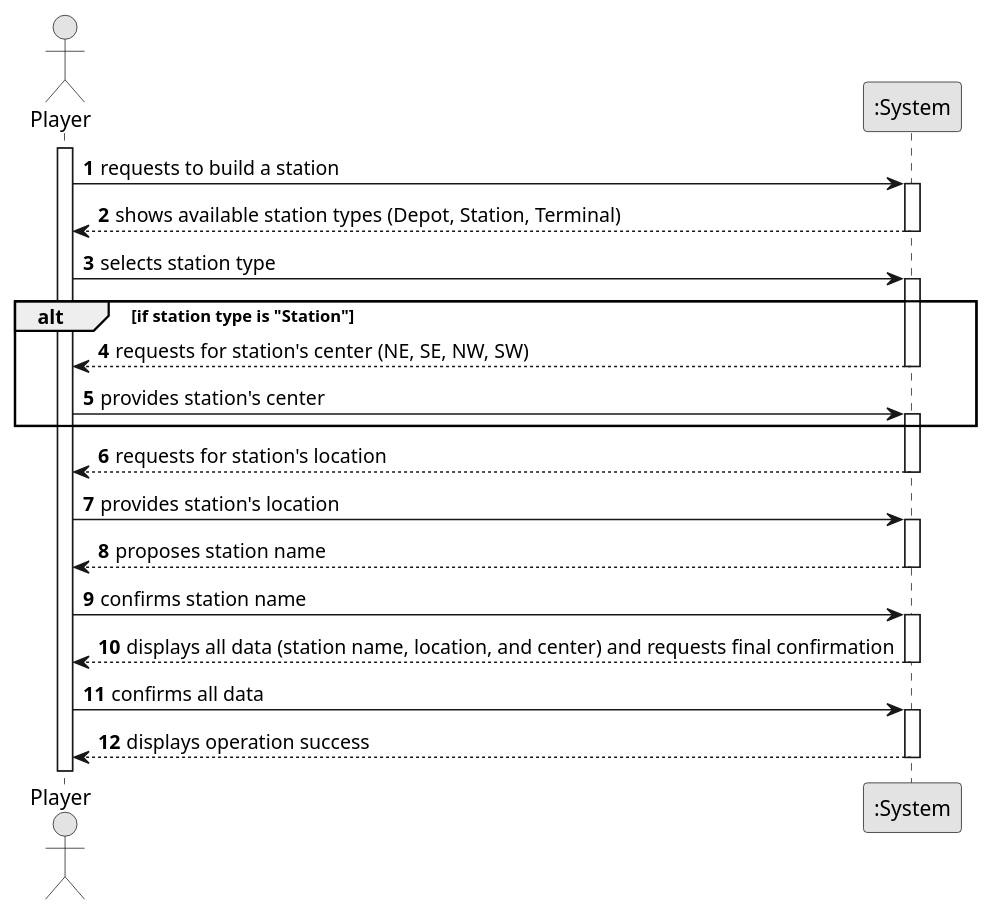
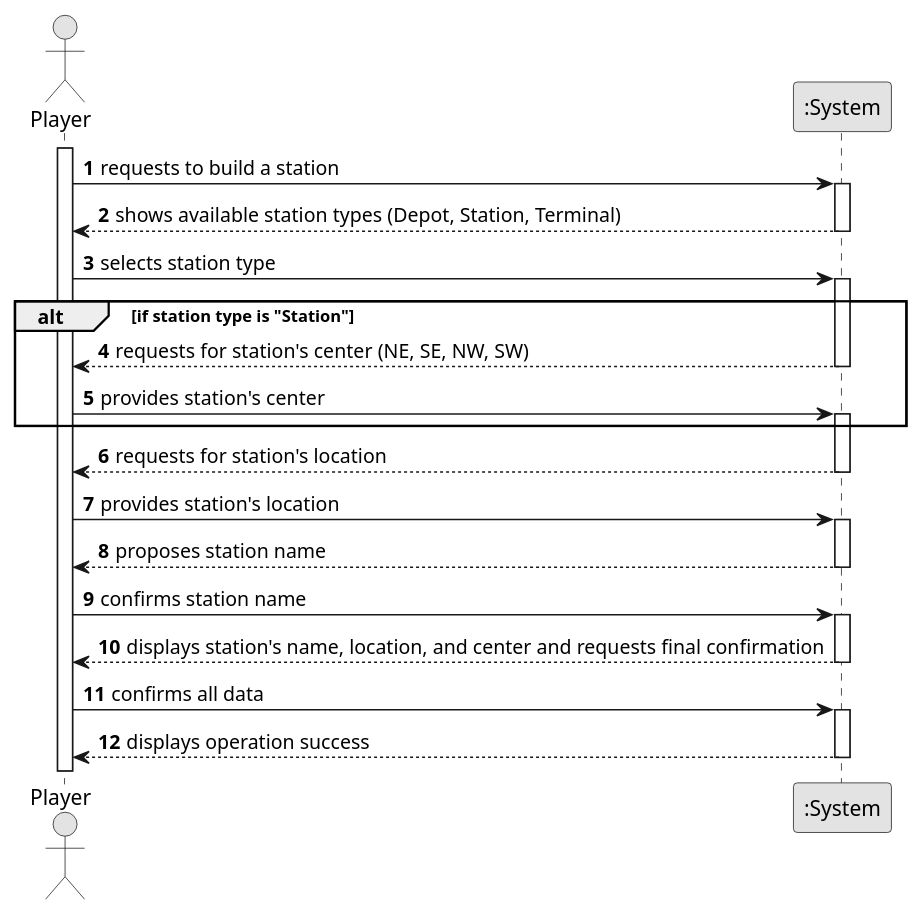
Before and after one commit to Educ00/mdisc-2425: the diagram in docs/system-documentation/sprint 1/US05/01.requirements-engineering/puml/US005-SSD.puml, drawn with PlantUML. The commit also changed 4 other files, not shown here.

Commit message:
Completed US06 requirements engineering. Implemented the UML code for the SSD of this US. Made the requirements.md file related to this same US. Also ended up updating an interaction message on the US06 SSD.

```diff
--- a/docs/system-documentation/sprint 1/US05/01.requirements-engineering/puml/US005-SSD.puml
+++ b/docs/system-documentation/sprint 1/US05/01.requirements-engineering/puml/US005-SSD.puml
@@ -1,50 +1,50 @@
 @startuml
 skinparam monochrome true
 skinparam packageStyle rectangle
 skinparam shadowing false
 
 autonumber
 
 actor "Player" as Player
 participant ":System" as System
 
 activate Player
 
     Player -> System : requests to build a station
     activate System
 
         System --> Player : shows available station types (Depot, Station, Terminal)
     deactivate System
 
     Player -> System : selects station type
     activate System
 
         alt if station type is "Station"
             System --> Player : requests for station's center (NE, SE, NW, SW)
             deactivate System
 
             Player -> System : provides station's center
             activate System
         end
 
         System --> Player : requests for station's location
     deactivate System
 
     Player -> System : provides station's location
     activate System
 
         System --> Player : proposes station name
     deactivate System
 
     Player -> System : confirms station name
     activate System
 
-        System --> Player : displays all data (station name, location, and center) and requests final confirmation
+        System --> Player : displays station's name, location, and center and requests final confirmation
     deactivate System
 
     Player -> System : confirms all data
     activate System
 
         System --> Player : displays operation success
     deactivate System
 @enduml
```
